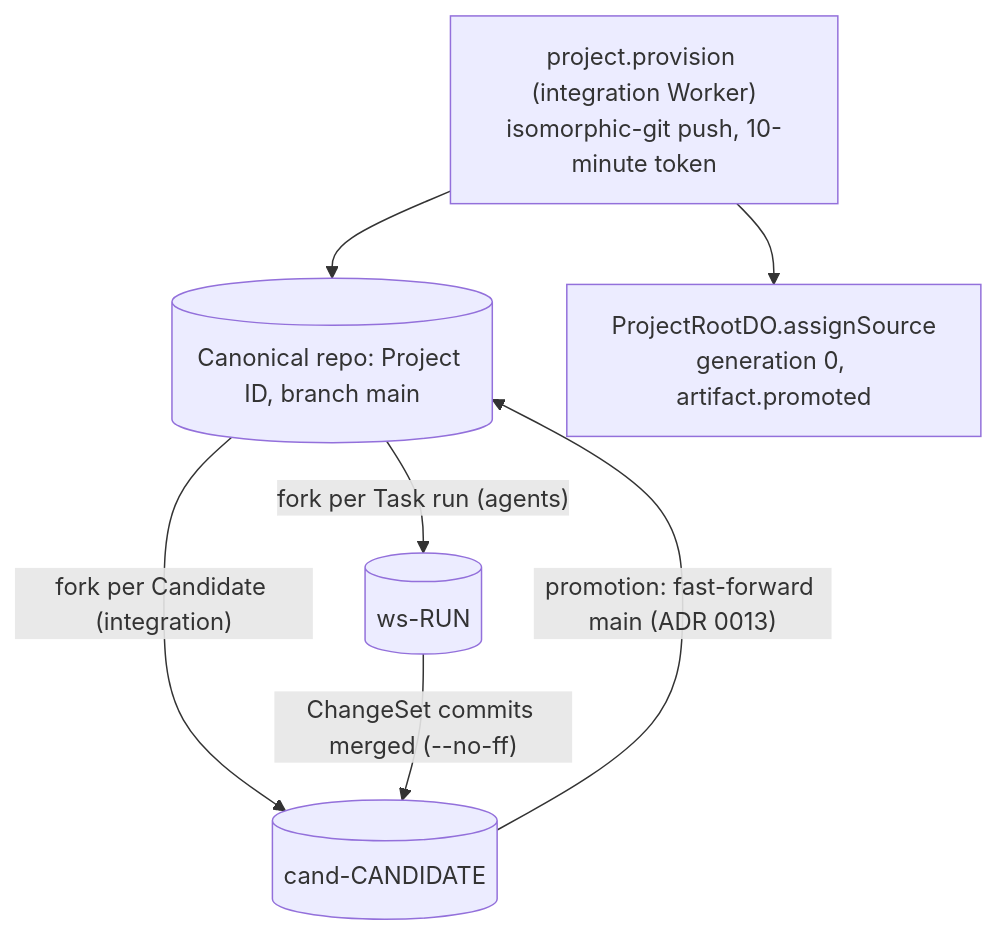
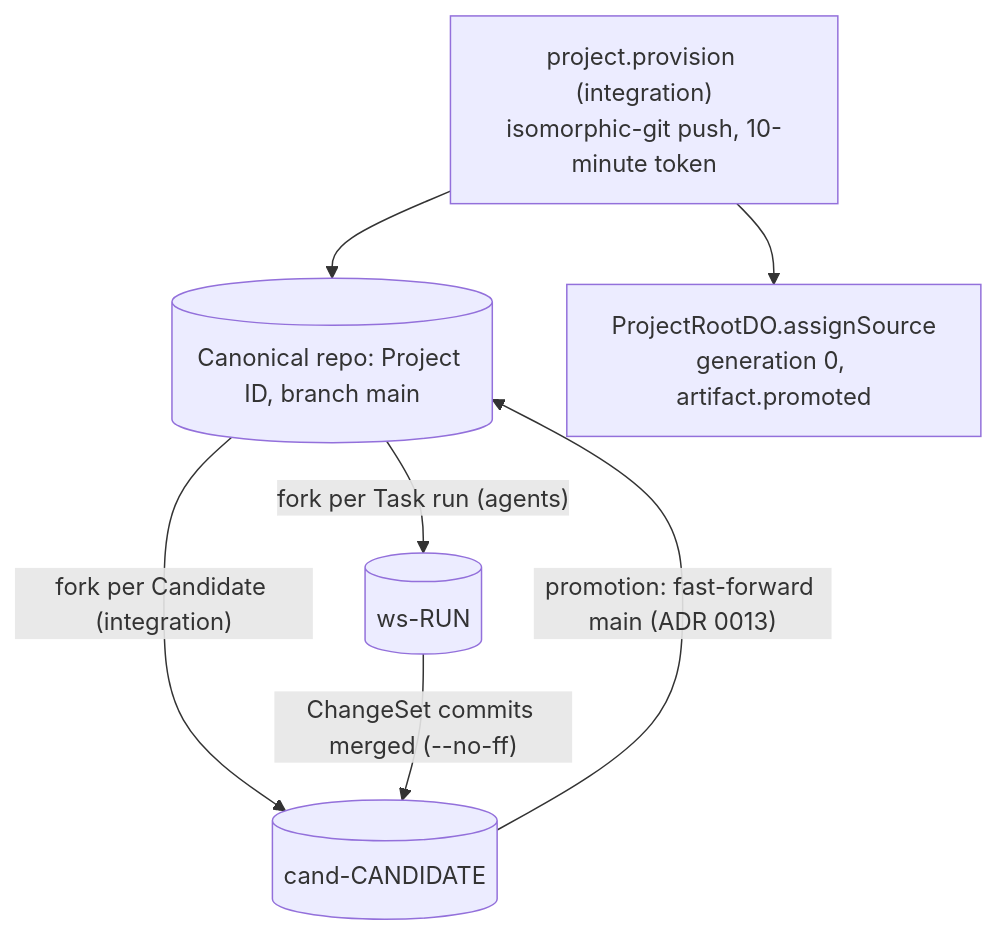
The diagram in docs/adr/0010-artifacts-project-source.md (nsudhanva/rhumbatron), drawn with Mermaid before and after one commit. The commit also changed other lines of this file and 322 other files, not shown here.

````diff
--- a/docs/adr/0010-artifacts-project-source.md
+++ b/docs/adr/0010-artifacts-project-source.md
@@ -38,9 +39,9 @@
 ```mermaid
 flowchart TD
-  prov["project.provision (integration Worker)<br/>isomorphic-git push, 10-minute token"] --> canon[("Canonical repo: Project ID, branch main")]
+  prov["project.provision (integration)<br/>isomorphic-git push, 10-minute token"] --> canon[("Canonical repo: Project ID, branch main")]
   prov --> root["ProjectRootDO.assignSource<br/>generation 0, artifact.promoted"]
   canon -- "fork per Task run (agents)" --> ws[("ws-RUN")]
   canon -- "fork per Candidate (integration)" --> cand[("cand-CANDIDATE")]
   ws -- "ChangeSet commits merged (--no-ff)" --> cand
   cand -- "promotion: fast-forward main (ADR 0013)" --> canon
 ```
````
